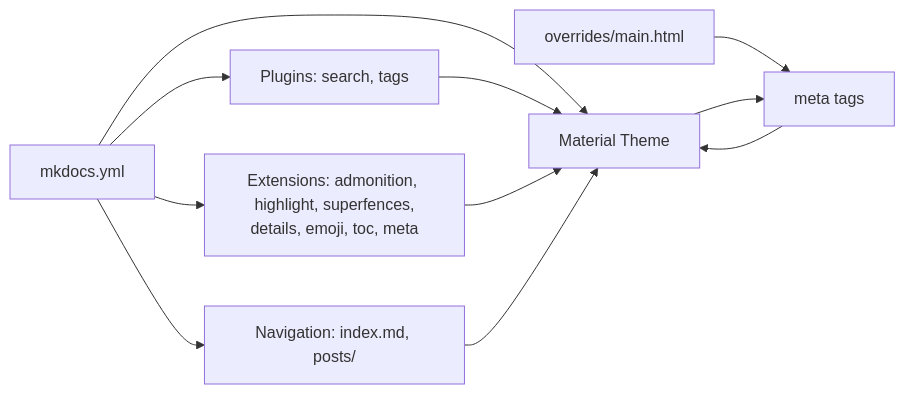
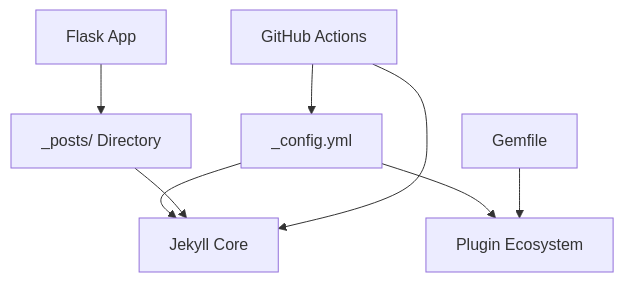
The fourth of 4 diagrams in .qoder/repowiki/en/content/Backend Application/Publishing Pipeline.md (PolarisW007/PolaZhenJing), drawn with Mermaid before and after one commit. The commit also changed other lines of this file and 153 other files, not shown here.

````diff
--- a/.qoder/repowiki/en/content/Backend Application/Publishing Pipeline.md
+++ b/.qoder/repowiki/en/content/Backend Application/Publishing Pipeline.md
@@ -263,13 +211,10 @@
 ```mermaid
-graph LR
-CFG["mkdocs.yml"] --> THEME["Material Theme"]
-CFG --> PLUG["Plugins: search, tags"]
-CFG --> EXT["Extensions: admonition, highlight, superfences,<br/>details, emoji, toc, meta"]
-CFG --> NAV["Navigation: index.md, posts/"]
-OVR["overrides/main.html"] --> HEAD["<head> meta tags"]
-THEME --> HEAD
-PLUG --> THEME
-EXT --> THEME
-NAV --> THEME
-HEAD --> THEME
+graph TB
+CFG["_config.yml"] --> JKY["Jekyll Core"]
+CFG --> PLG["Plugin Ecosystem"]
+FLSK["Flask App"] --> POSTS["_posts/ Directory"]
+POSTS --> JKY
+ACT["GitHub Actions"] --> CFG
+ACT --> JKY
+GEM["Gemfile"] --> PLG
 ```
````
